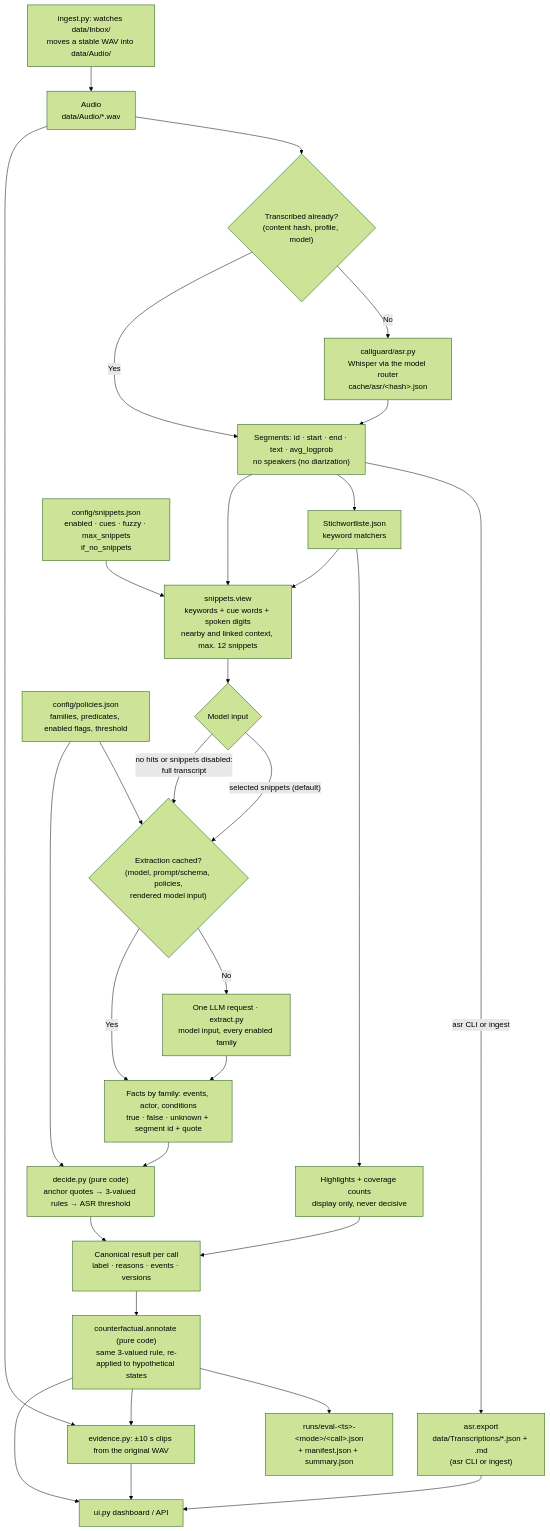
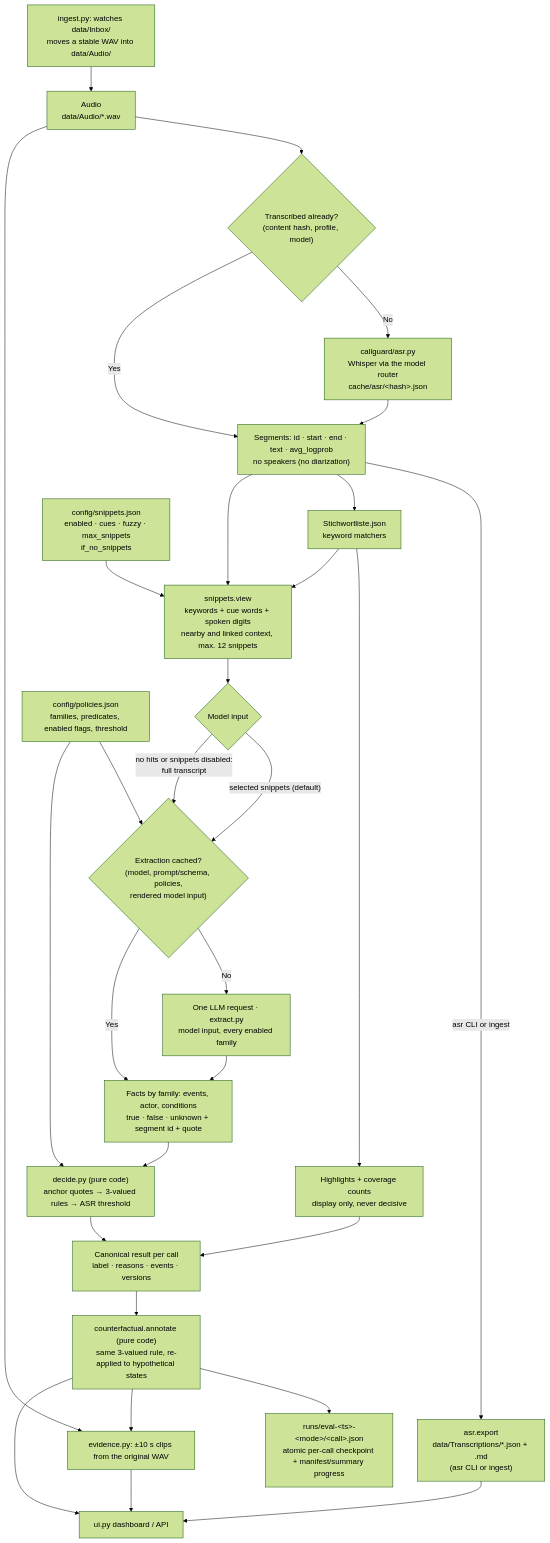
The first of 5 diagrams in PIPELINE_FLOW.md (ep520/Solvent), drawn with Mermaid (forest theme) before and after one commit. The commit also changed other lines of this file and 14 other files, not shown here.

````diff
--- a/PIPELINE_FLOW.md
+++ b/PIPELINE_FLOW.md
@@ -8,44 +8,44 @@
 ```mermaid
 flowchart TD
     INBOX["ingest.py: watches data/Inbox/<br/>moves a stable WAV into data/Audio/"]
     WAV["Audio<br/>data/Audio/*.wav"]
     ASR_CACHE{"Transcribed already?<br/>(content hash, profile, model)"}
     INBOX --> WAV
     ASR["callguard/asr.py<br/>Whisper via the model router<br/>cache/asr/&lt;hash&gt;.json"]
     TRANSCRIPT["Segments: id · start · end · text · avg_logprob<br/>no speakers (no diarization)"]
     EXPORT["asr.export<br/>data/Transcriptions/*.json + .md<br/>(asr CLI or ingest)"]
 
     WAV --> ASR_CACHE
     ASR_CACHE -- No --> ASR --> TRANSCRIPT
     ASR_CACHE -- Yes --> TRANSCRIPT
     TRANSCRIPT -- "asr CLI or ingest" --> EXPORT
 
     TRANSCRIPT --> KEYWORDS["Stichwortliste.json<br/>keyword matchers"]
     KEYWORDS --> HIGHLIGHTS["Highlights + coverage counts<br/>display only, never decisive"]
 
     TRANSCRIPT --> SNIPPETS["snippets.view<br/>keywords + cue words + spoken digits<br/>nearby and linked context, max. 12 snippets"]
     KEYWORDS --> SNIPPETS
     SNIPPET_CONFIG["config/snippets.json<br/>enabled · cues · fuzzy · max_snippets<br/>if_no_snippets"] --> SNIPPETS
     SNIPPETS --> MODEL_INPUT{"Model input"}
     MODEL_INPUT -- "selected snippets (default)" --> EXTRACT_CACHE
     MODEL_INPUT -- "no hits or snippets disabled:<br/>full transcript" --> EXTRACT_CACHE
 
     EXTRACT_CACHE{"Extraction cached?<br/>(model, prompt/schema, policies,<br/>rendered model input)"}
     POLICIES["config/policies.json<br/>families, predicates, enabled flags, threshold"] --> EXTRACT_CACHE
     EXTRACT_CACHE -- No --> LLM["One LLM request · extract.py<br/>model input, every enabled family"]
     EXTRACT_CACHE -- Yes --> FACTS
     LLM --> FACTS["Facts by family: events, actor, conditions<br/>true · false · unknown + segment id + quote"]
 
     FACTS --> DECIDE["decide.py (pure code)<br/>anchor quotes → 3-valued rules → ASR threshold"]
     POLICIES --> DECIDE
     HIGHLIGHTS --> RESULT
     DECIDE --> RESULT["Canonical result per call<br/>label · reasons · events · versions"]
     RESULT --> XAI["counterfactual.annotate (pure code)<br/>same 3-valued rule, re-applied to hypothetical states"]
 
-    XAI --> FILES["runs/eval-&lt;ts&gt;-&lt;mode&gt;/&lt;call&gt;.json<br/>+ manifest.json + summary.json"]
+    XAI --> FILES["runs/eval-&lt;ts&gt;-&lt;mode&gt;/&lt;call&gt;.json<br/>atomic per-call checkpoint + manifest/summary progress"]
     XAI --> CLIPS["evidence.py: ±10 s clips from the original WAV"]
     WAV --> CLIPS
     XAI --> DASHBOARD["ui.py dashboard / API"]
     EXPORT --> DASHBOARD
     CLIPS --> DASHBOARD
 ```
````
